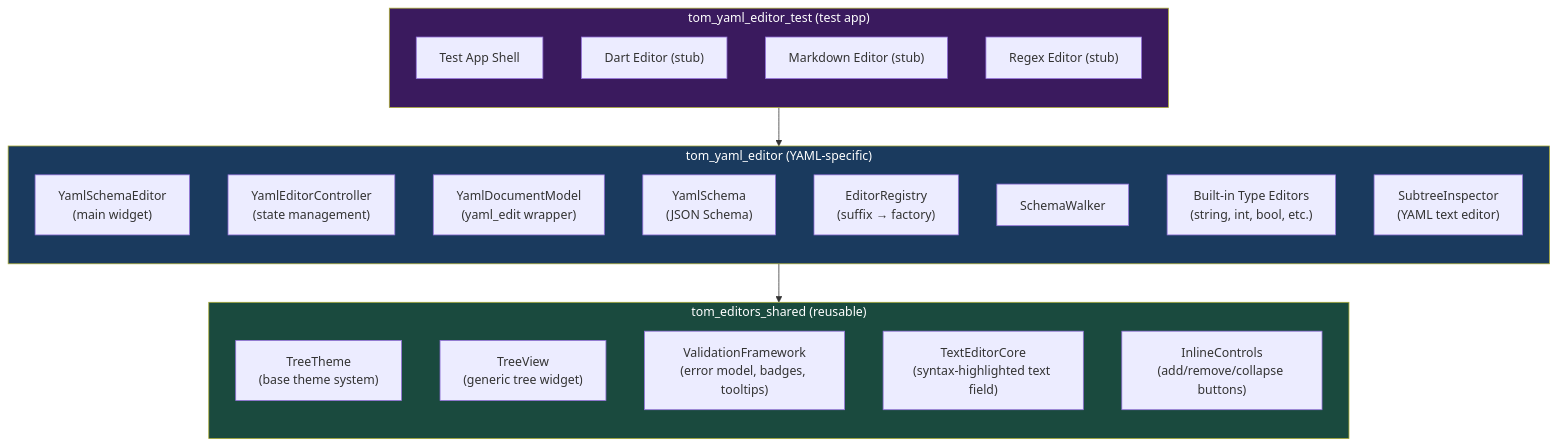
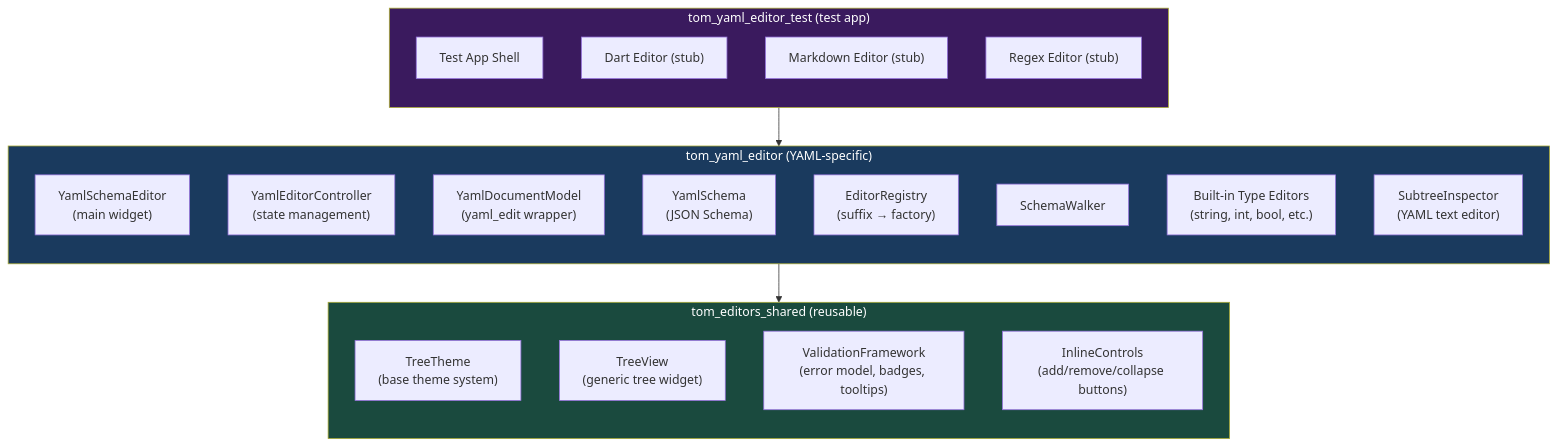
One commit to al-the-bear/tom_forge_modules changed the first of 19 diagrams in tom_yaml_editor/doc/yaml_editor_architecture_design.md. Above: the diagram before and after it, drawn with Mermaid. The commit also changed other lines of this file and 19 other files, not shown here.

First line of the commit message:
TextEditorCore goes: the YAML schema editor and inspector draw through TomTextSource (forgerestruct10, part A)

````diff
--- a/tom_yaml_editor/doc/yaml_editor_architecture_design.md
+++ b/tom_yaml_editor/doc/yaml_editor_architecture_design.md
@@ -27,38 +27,37 @@
 ```mermaid
 graph TD
     subgraph tom_editors_shared["tom_editors_shared (reusable)"]
         direction TB
         TH["TreeTheme\n(base theme system)"]
         TV["TreeView\n(generic tree widget)"]
         VF["ValidationFramework\n(error model, badges, tooltips)"]
-        TE["TextEditorCore\n(syntax-highlighted text field)"]
         IC["InlineControls\n(add/remove/collapse buttons)"]
     end
 
     subgraph tom_yaml_editor["tom_yaml_editor (YAML-specific)"]
         direction TB
         YSE["YamlSchemaEditor\n(main widget)"]
         YEC["YamlEditorController\n(state management)"]
         YDM["YamlDocumentModel\n(yaml_edit wrapper)"]
         YS["YamlSchema\n(JSON Schema)"]
         ER["EditorRegistry\n(suffix → factory)"]
         SW["SchemaWalker"]
         BTE["Built-in Type Editors\n(string, int, bool, etc.)"]
         SI["SubtreeInspector\n(YAML text editor)"]
     end
 
     subgraph tom_yaml_editor_test["tom_yaml_editor_test (test app)"]
         direction TB
         TA["Test App Shell"]
         DE["Dart Editor (stub)"]
         ME["Markdown Editor (stub)"]
         RE["Regex Editor (stub)"]
     end
 
     tom_yaml_editor --> tom_editors_shared
     tom_yaml_editor_test --> tom_yaml_editor
 
     style tom_editors_shared fill:#1a4a3e,color:#fff
     style tom_yaml_editor fill:#1a3a5e,color:#fff
     style tom_yaml_editor_test fill:#3a1a5e,color:#fff
 ```
````
